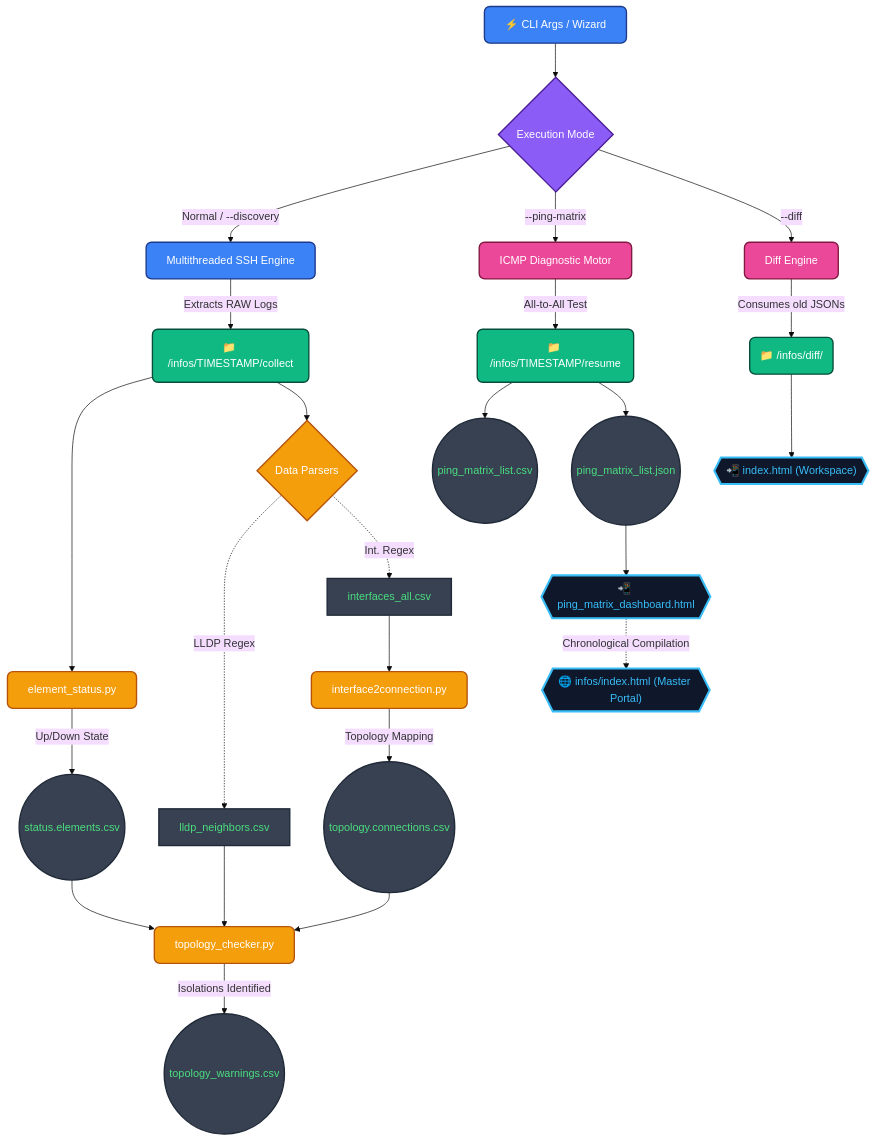
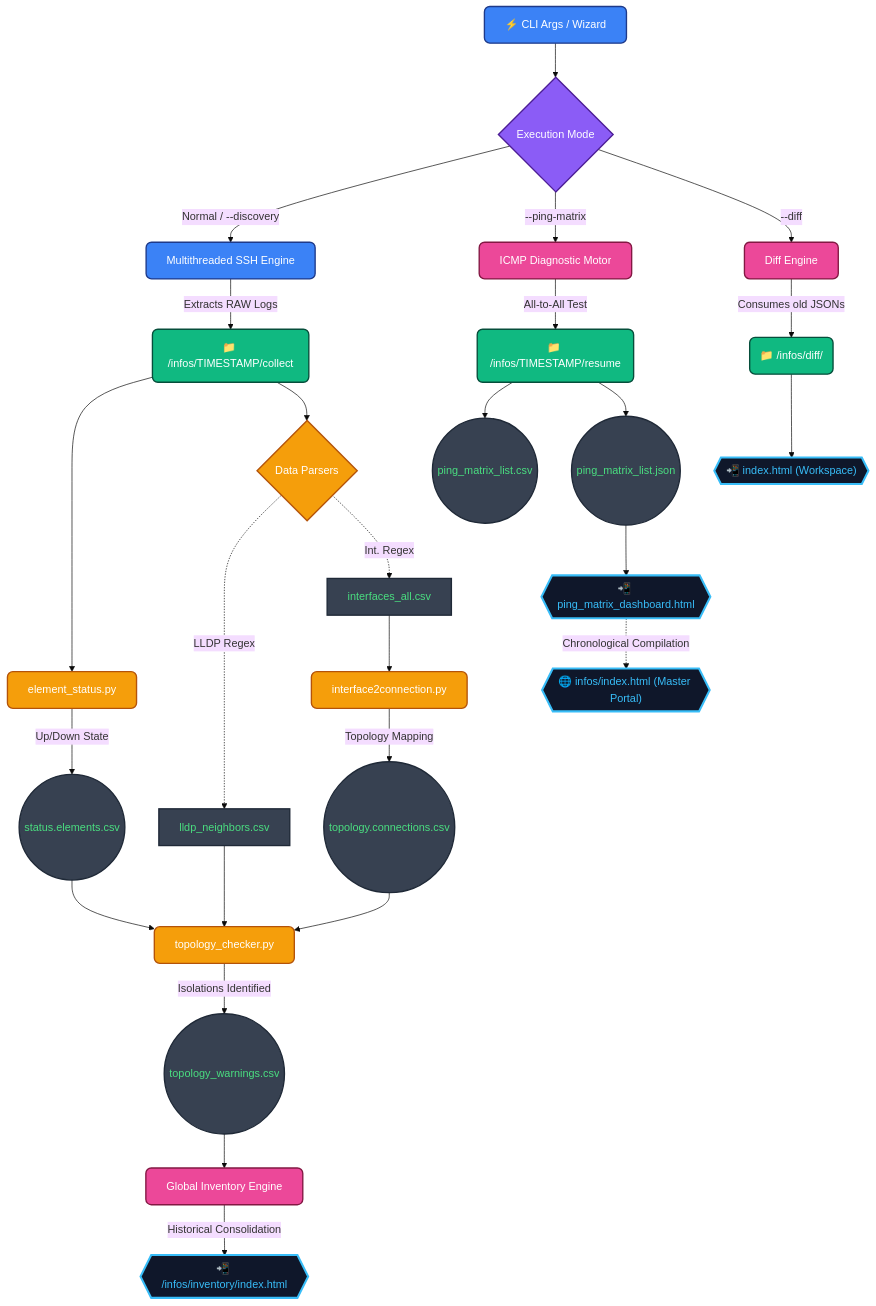
Before and after one commit to flashbsb/network-data-extractor: the diagram in README.md, drawn with Mermaid (base theme). The commit also changed other lines of this file and 4 other files, not shown here.

````diff
--- a/README.md
+++ b/README.md
@@ -29,46 +30,49 @@
 ```mermaid
 graph TD
     %% Styling Definitions
     classDef mainEngine fill:#3b82f6,stroke:#1e3a8a,stroke-width:2px,color:#fff,rx:8px,ry:8px;
     classDef branch fill:#8b5cf6,stroke:#4c1d95,stroke-width:2px,color:#fff,rx:8px,ry:8px;
     classDef module fill:#f59e0b,stroke:#b45309,stroke-width:2px,color:#fff,rx:8px,ry:8px;
     classDef pingmod fill:#ec4899,stroke:#831843,stroke-width:2px,color:#fff,rx:8px,ry:8px;
     classDef folder fill:#10b981,stroke:#064e3b,stroke-width:2px,color:#fff,rx:8px,ry:8px;
     classDef csvout fill:#374151,stroke:#1f2937,stroke-width:2px,color:#4ade80;
     classDef htmldash fill:#0f172a,stroke:#38bdf8,stroke-width:3px,color:#38bdf8;
 
     %% Entry
     A["⚡ CLI Args / Wizard"]:::mainEngine --> B{Execution Mode}:::branch
     
     %% Branch 1: Normal Extraction
     B -->|Normal / --discovery| C[Multithreaded SSH Engine]:::mainEngine
     C -->|"Extracts RAW Logs"| D("📁 /infos/TIMESTAMP/collect"):::folder
     
     D --> E[element_status.py]:::module
     E -->|"Up/Down State"| F(("status.elements.csv")):::csvout
     
     D --> G{Data Parsers}:::module
     G -.->|LLDP Regex| H["lldp_neighbors.csv"]:::csvout
     G -.->|Int. Regex| I["interfaces_all.csv"]:::csvout
     
     I --> J[interface2connection.py]:::module
     J -->|"Topology Mapping"| K(("topology.connections.csv")):::csvout
     
     K --> L[topology_checker.py]:::module
     H --> L
     F --> L
     L -->|"Isolations Identified"| M(("topology_warnings.csv")):::csvout
 
+    M --> INVENT[Global Inventory Engine]:::pingmod
+    INVENT -->|"Historical Consolidation"| INVENTOUT{{"📲 /infos/inventory/index.html"}}:::htmldash
+
     %% Branch 2: Ping Matrix
     B -->|--ping-matrix| P[ICMP Diagnostic Motor]:::pingmod
     P -->|"All-to-All Test"| Q("📁 /infos/TIMESTAMP/resume"):::folder
     Q --> R(("ping_matrix_list.csv")):::csvout
     Q --> S(("ping_matrix_list.json")):::csvout
     S --> T{{"📲 ping_matrix_dashboard.html"}}:::htmldash
     T -.->|"Chronological Compilation"| U{{"🌐 infos/index.html (Master Portal)"}}:::htmldash
 
     %% Branch 3: Drift Analysis
     B -->|--diff| V[Diff Engine]:::pingmod
     V -->|"Consumes old JSONs"| W("📁 /infos/diff/"):::folder
     W --> X{{"📲 index.html (Workspace)"}}:::htmldash
 ```
````
